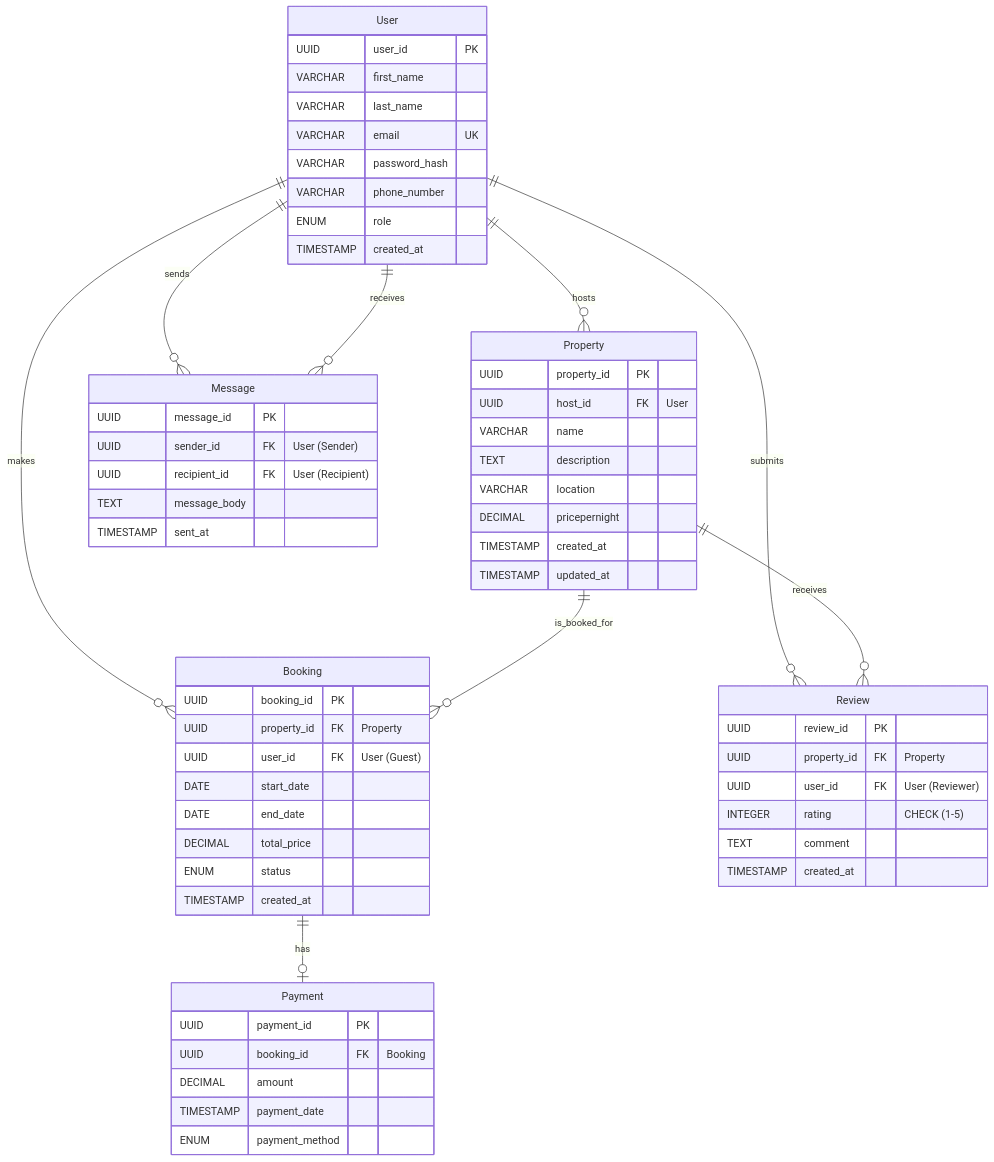
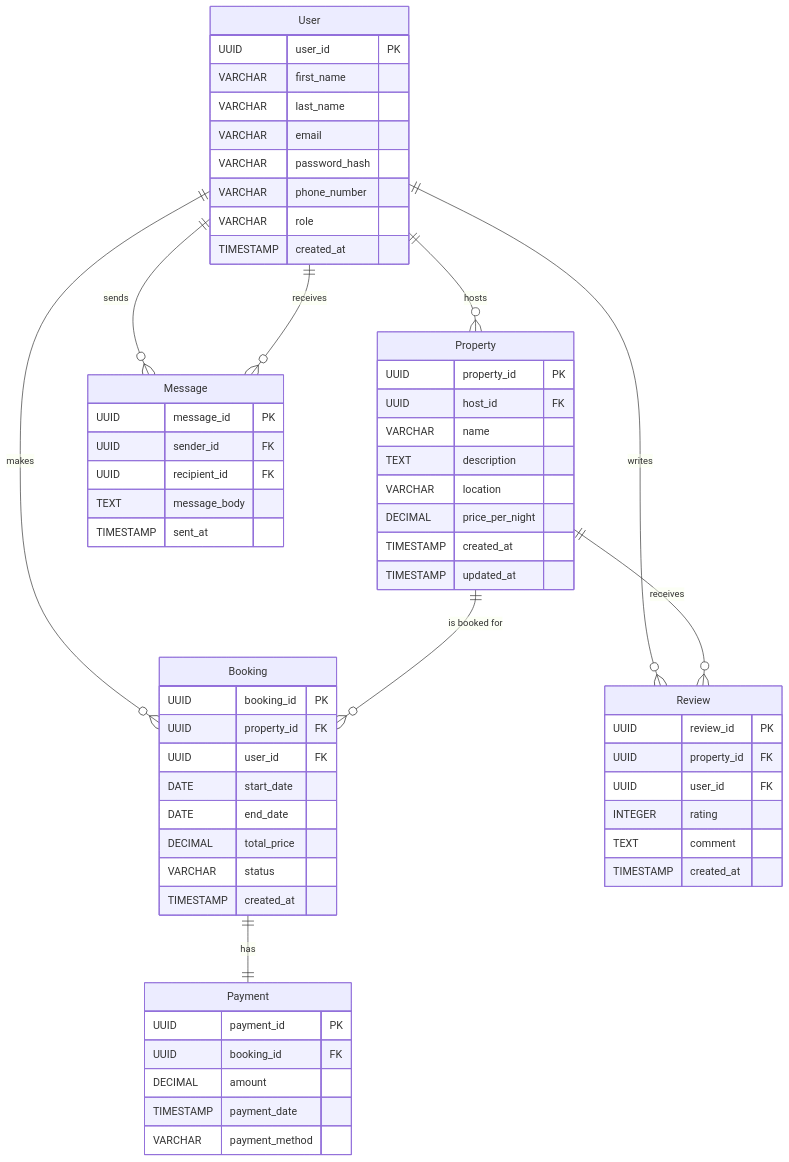
One commit to JesutofunmiOludu/alx-airbnb-database changed the diagram in ERD/requirements.md. Above: the diagram before and after it, drawn with Mermaid.

````diff
--- a/ERD/requirements.md
+++ b/ERD/requirements.md
@@ -1,89 +6,89 @@
 ```mermaid
     erDiagram
-    %% --- Relationship Definitions (Cardinality) ---
-    %% One User (Host) hosts Zero-to-Many Properties
-    User ||--o{ Property : hosts
-    
-    %% One User (Guest) makes Zero-to-Many Bookings
-    User ||--o{ Booking : makes
 
-    %% One Property is booked for Zero-to-Many Bookings
-    Property ||--o{ Booking : is_booked_for
+    %% =====================
+    %% ENTITY DEFINITIONS
+    %% =====================
 
-    %% One Booking Has Exactly One Payment
-    Booking ||--o| Payment : has
-
-    %% One User submits Zero-to-Many Reviews
-    User ||--o{ Review : submits
-
-    %% One Property receives Zero-to-Many Reviews
-    Property ||--o{ Review : receives
-
-    %% One User sends Zero-to-Many Messages
-    User ||--o{ Message : sends
-
-    %% One User receives Zero-to-Many Messages
-    User ||--o{ Message : receives
-
-    %% --- Entity Definitions with Attributes ---
-
+    %% --- USER ---
     User {
         UUID user_id PK
         VARCHAR first_name
         VARCHAR last_name
-        VARCHAR email UK
+        VARCHAR email
         VARCHAR password_hash
         VARCHAR phone_number
-        ENUM role
+        VARCHAR role
         TIMESTAMP created_at
     }
 
+    %% --- PROPERTY ---
     Property {
         UUID property_id PK
-        UUID host_id FK "User"
+        UUID host_id FK
         VARCHAR name
         TEXT description
         VARCHAR location
-        DECIMAL pricepernight
+        DECIMAL price_per_night
         TIMESTAMP created_at
         TIMESTAMP updated_at
     }
 
+    %% --- BOOKING ---
     Booking {
         UUID booking_id PK
-        UUID property_id FK "Property"
-        UUID user_id FK "User (Guest)"
+        UUID property_id FK
+        UUID user_id FK
         DATE start_date
         DATE end_date
         DECIMAL total_price
-        ENUM status
+        VARCHAR status
         TIMESTAMP created_at
     }
 
+    %% --- PAYMENT ---
     Payment {
         UUID payment_id PK
-        UUID booking_id FK "Booking"
+        UUID booking_id FK
         DECIMAL amount
         TIMESTAMP payment_date
-        ENUM payment_method
+        VARCHAR payment_method
     }
 
+    %% --- REVIEW ---
     Review {
         UUID review_id PK
-        UUID property_id FK "Property"
-        UUID user_id FK "User (Reviewer)"
-        INTEGER rating "CHECK (1-5)"
+        UUID property_id FK
+        UUID user_id FK
+        INTEGER rating
         TEXT comment
         TIMESTAMP created_at
     }
 
+    %% --- MESSAGE ---
     Message {
         UUID message_id PK
-        UUID sender_id FK "User (Sender)"
-        UUID recipient_id FK "User (Recipient)"
+        UUID sender_id FK
+        UUID recipient_id FK
         TEXT message_body
         TIMESTAMP sent_at
     }
 
+    %% =====================
+    %% RELATIONSHIPS
+    %% =====================
 
+    %% USER RELATIONSHIPS
+    User ||--o{ Property : "hosts"
+    User ||--o{ Booking : "makes"
+    User ||--o{ Review : "writes"
+    User ||--o{ Message : "sends"
+    User ||--o{ Message : "receives"
+
+    %% PROPERTY RELATIONSHIPS
+    Property ||--o{ Booking : "is booked for"
+    Property ||--o{ Review : "receives"
+
+    %% BOOKING RELATIONSHIPS
+    Booking ||--|| Payment : "has"
 ```
````
